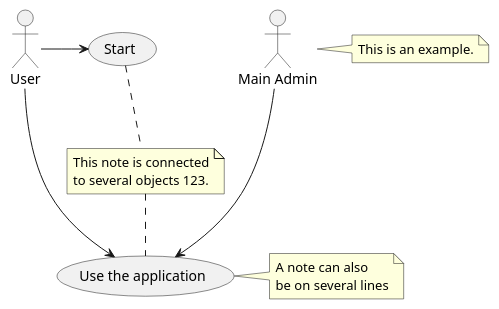
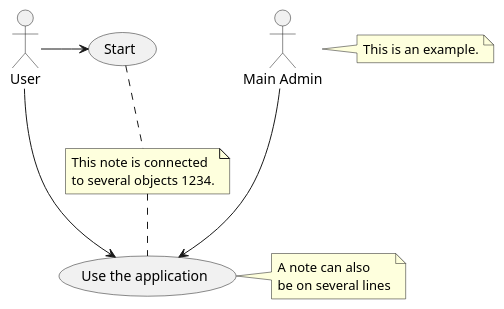
The diagram in plant1.puml (AKStratus/plantuml_diagrams), drawn with PlantUML before and after one commit.

Commit message:
Update plant1.puml
asd

```diff
--- a/plant1.puml
+++ b/plant1.puml
@@ -1,17 +1,17 @@
 @startuml
 
     :Main Admin: as Admin
     (Use the application) as (Use)
     User -> (Start)
     User --> (Use)
     Admin ---> (Use)
     note right of Admin : This is an example.
     note right of (Use)
     A note can also
     be on several lines
     end note
-    note "This note is connected\nto several objects 123." as N2
+    note "This note is connected\nto several objects 1234." as N2
     (Start) .. N2
     N2 .. (Use)
 
     @enduml
```
